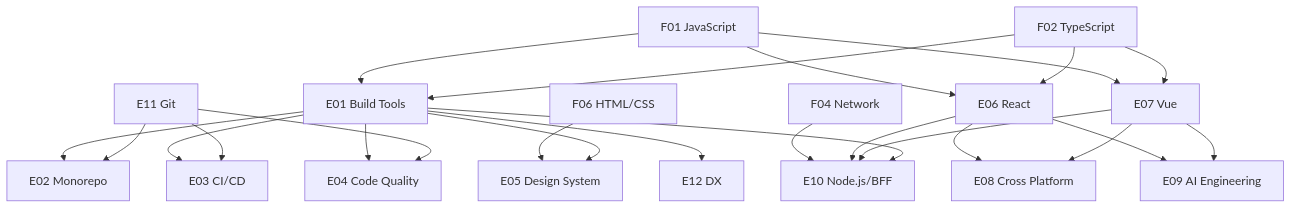
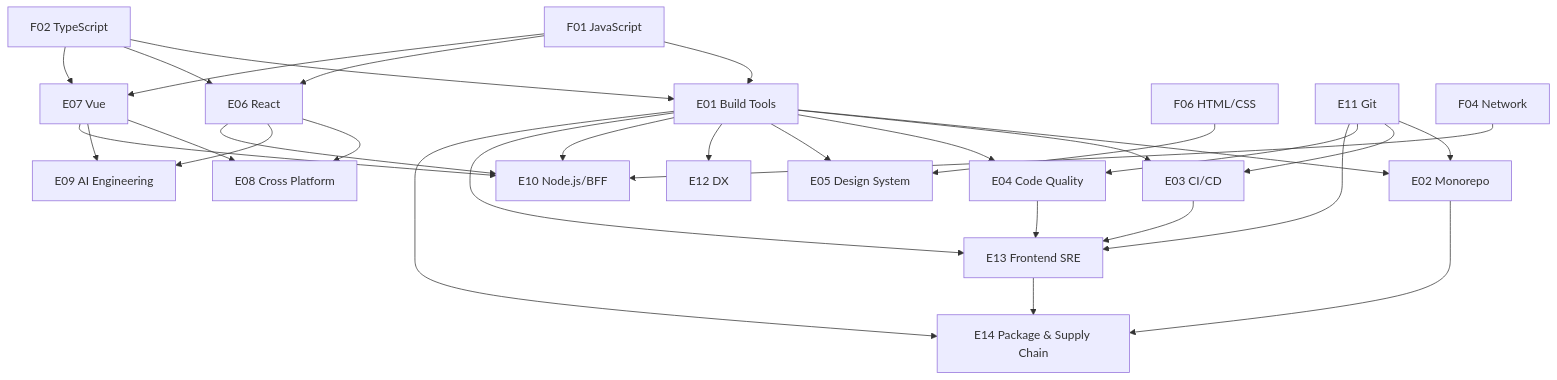
The third of 5 diagrams in docs/learning-path/01-knowledge-dependency-map.md (rendongping/jgs), drawn with Mermaid before and after one commit. The commit also changed other lines of this file and 95 other files, not shown here.

````diff
--- a/docs/learning-path/01-knowledge-dependency-map.md
+++ b/docs/learning-path/01-knowledge-dependency-map.md
@@ -61,29 +65,36 @@
 ```mermaid
 graph TD
     F01[F01 JavaScript] --> E01[E01 Build Tools]
     F01 --> E06[E06 React]
     F01 --> E07[E07 Vue]
     F02[F02 TypeScript] --> E01
     F02 --> E06
     F02 --> E07
     F06[F06 HTML/CSS] --> E05[E05 Design System]
 
     E01 --> E02[E02 Monorepo]
     E01 --> E03[E03 CI/CD]
     E01 --> E04[E04 Code Quality]
     E01 --> E05[E05 Design System]
     E01 --> E12[E12 DX]
     E11[E11 Git] --> E02
     E11 --> E03
     E11 --> E04
 
     E06 --> E08[E08 Cross Platform]
     E07 --> E08
     E06 --> E09[E09 AI Engineering]
     E07 --> E09
 
     F04[F04 Network] --> E10[E10 Node.js/BFF]
     E06 --> E10
     E07 --> E10
     E01 --> E10
+    E01 --> E13[E13 Frontend SRE]
+    E03 --> E13
+    E04 --> E13
+    E11 --> E13
+    E13 --> E14[E14 Package &amp; Supply Chain]
+    E01 --> E14
+    E02 --> E14
 ```
````
